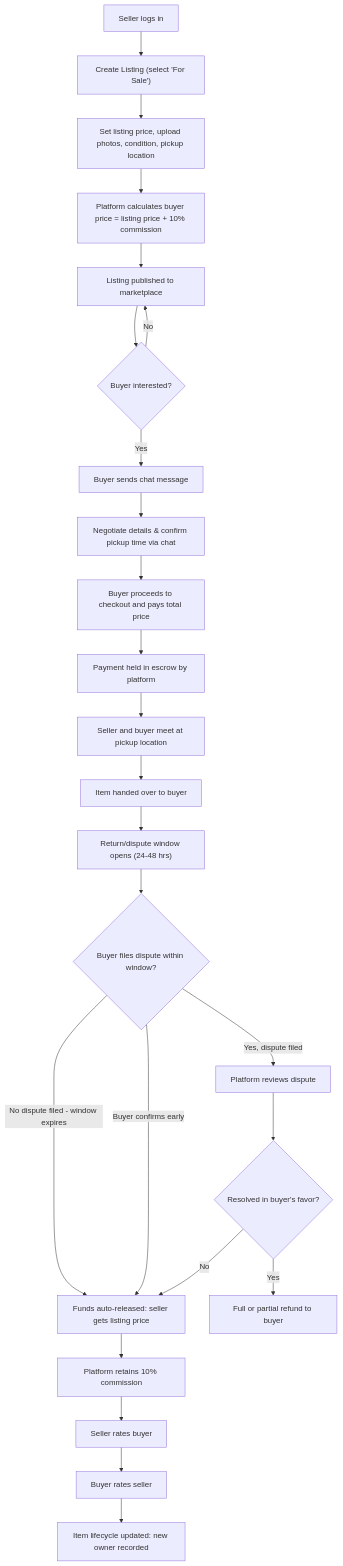
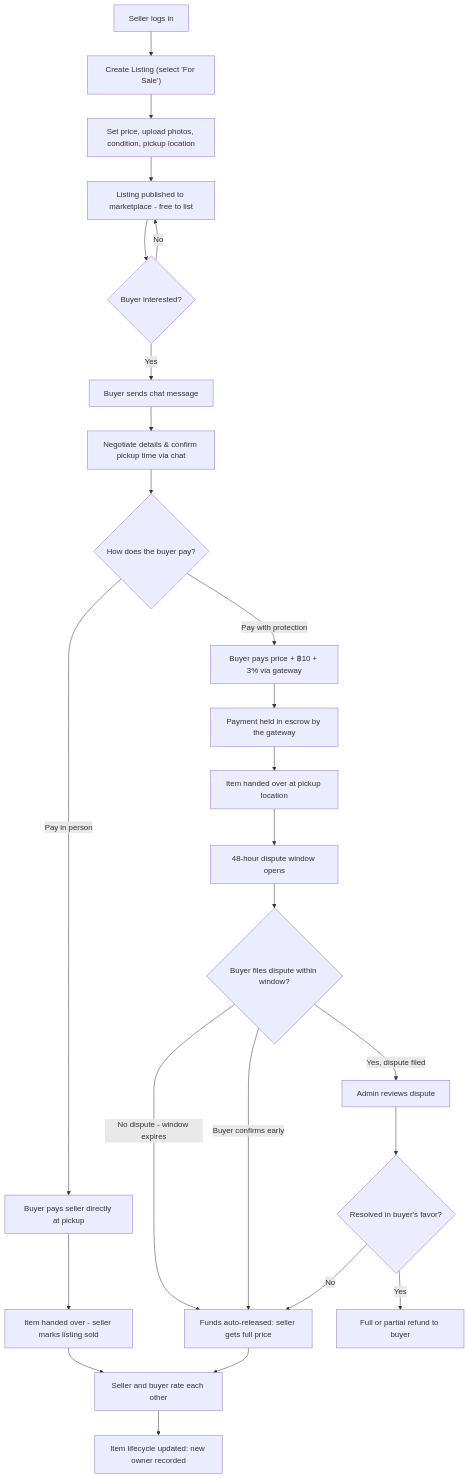
One commit to pcismyname/ait_marketplace changed the first of 4 diagrams in Mapping&UF.md. Above: the diagram before and after it, drawn with Mermaid. The commit also changed other lines of this file and 1 other file, not shown here.

````diff
--- a/Mapping&UF.md
+++ b/Mapping&UF.md
@@ -173,27 +183,27 @@
 ```mermaid
 flowchart TD
     A[Seller logs in] --> B["Create Listing (select 'For Sale')"]
-    B --> C[Set listing price, upload photos, condition, pickup location]
-    C --> D["Platform calculates buyer price = listing price + 10% commission"]
-    D --> E[Listing published to marketplace]
-    E --> F{Buyer interested?}
-    F -- No --> E
-    F -- Yes --> G[Buyer sends chat message]
-    G --> H[Negotiate details & confirm pickup time via chat]
-    H --> I[Buyer proceeds to checkout and pays total price]
-    I --> J[Payment held in escrow by platform]
-    J --> K[Seller and buyer meet at pickup location]
-    K --> L[Item handed over to buyer]
-    L --> M["Return/dispute window opens (24-48 hrs)"]
-    M --> N{Buyer files dispute within window?}
-    N -- No dispute filed - window expires --> O["Funds auto-released: seller gets listing price"]
-    N -- Buyer confirms early --> O
-    O --> P["Platform retains 10% commission"]
-    P --> Q[Seller rates buyer]
-    Q --> R[Buyer rates seller]
-    R --> S[Item lifecycle updated: new owner recorded]
-    N -- Yes, dispute filed --> T[Platform reviews dispute]
-    T --> U{Resolved in buyer's favor?}
-    U -- Yes --> V[Full or partial refund to buyer]
-    U -- No --> O
+    B --> C[Set price, upload photos, condition, pickup location]
+    C --> D[Listing published to marketplace - free to list]
+    D --> E{Buyer interested?}
+    E -- No --> D
+    E -- Yes --> F[Buyer sends chat message]
+    F --> G[Negotiate details & confirm pickup time via chat]
+    G --> H{How does the buyer pay?}
+    H -- Pay in person --> I[Buyer pays seller directly at pickup]
+    I --> J[Item handed over - seller marks listing sold]
+    J --> Q
+    H -- Pay with protection --> K["Buyer pays price + ฿10 + 3% via gateway"]
+    K --> L[Payment held in escrow by the gateway]
+    L --> M[Item handed over at pickup location]
+    M --> N["48-hour dispute window opens"]
+    N --> O{Buyer files dispute within window?}
+    O -- No dispute - window expires --> P["Funds auto-released: seller gets full price"]
+    O -- Buyer confirms early --> P
+    P --> Q[Seller and buyer rate each other]
+    Q --> R[Item lifecycle updated: new owner recorded]
+    O -- Yes, dispute filed --> S[Admin reviews dispute]
+    S --> T{Resolved in buyer's favor?}
+    T -- Yes --> U[Full or partial refund to buyer]
+    T -- No --> P
 ```
````
